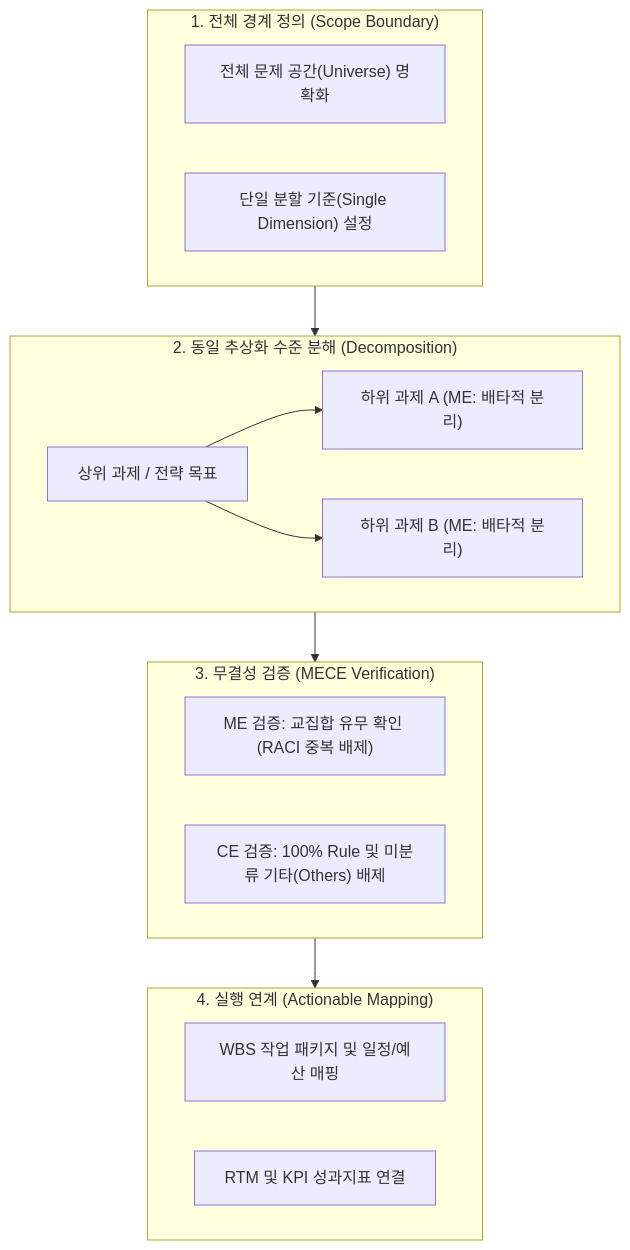
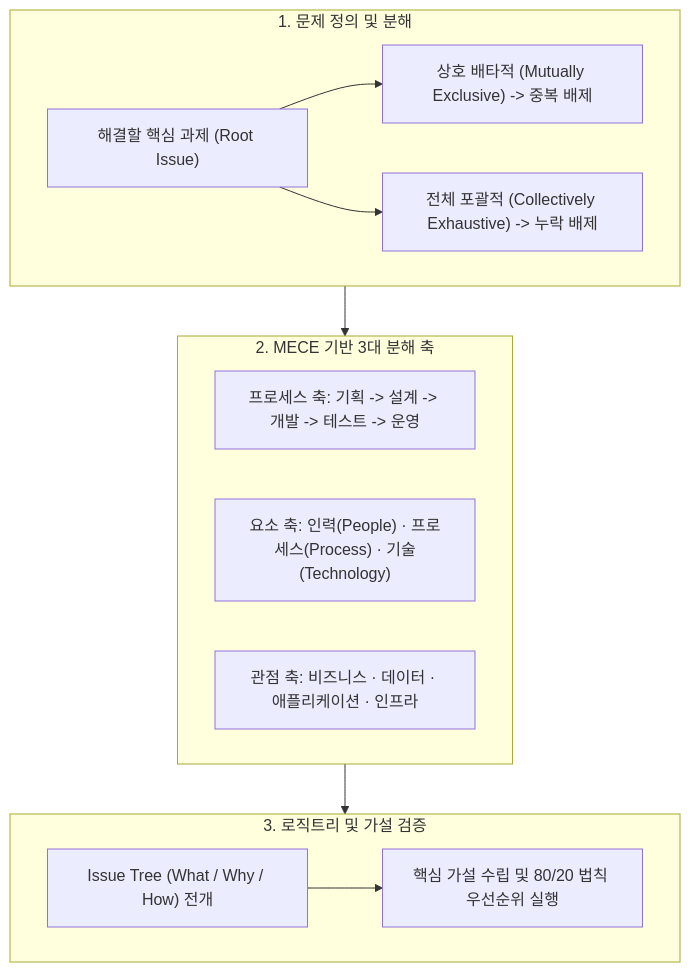
Before and after one commit to agnusdei1207/study: the fourth of 5 diagrams in src/content/docs/notes/itpe/01-it-strategy/045_mece.md, drawn with Mermaid. The commit also changed other lines of this file and 80 other files, not shown here.

````diff
--- a/src/content/docs/notes/itpe/01-it-strategy/045_mece.md
+++ b/src/content/docs/notes/itpe/01-it-strategy/045_mece.md
@@ -119,26 +122,21 @@
 ```mermaid
 flowchart TD
-    subgraph Boundary["1. 전체 경계 정의 (Scope Boundary)"]
-        B1["전체 문제 공간(Universe) 명확화"]
-        B2["단일 분할 기준(Single Dimension) 설정"]
+    subgraph Problem["1. 문제 정의 및 분해"]
+        P0["해결할 핵심 과제 (Root Issue)"]
+        P0 --> B1["상호 배타적 (Mutually Exclusive) -> 중복 배제"]
+        P0 --> B2["전체 포괄적 (Collectively Exhaustive) -> 누락 배제"]
     end
-    subgraph Decomp["2. 동일 추상화 수준 분해 (Decomposition)"]
-        D1["상위 과제 / 전략 목표"]
-        D2["하위 과제 A (ME: 배타적 분리)"]
-        D3["하위 과제 B (ME: 배타적 분리)"]
-        D1 --> D2
-        D1 --> D3
+    subgraph Frameworks["2. MECE 기반 3대 분해 축"]
+        F1["프로세스 축: 기획 -> 설계 -> 개발 -> 테스트 -> 운영"]
+        F2["요소 축: 인력(People) · 프로세스(Process) · 기술(Technology)"]
+        F3["관점 축: 비즈니스 · 데이터 · 애플리케이션 · 인프라"]
     end
-    subgraph Validation["3. 무결성 검증 (MECE Verification)"]
-        V1["ME 검증: 교집합 유무 확인 (RACI 중복 배제)"]
-        V2["CE 검증: 100% Rule 및 미분류 기타(Others) 배제"]
-    end
-    subgraph Execution["4. 실행 연계 (Actionable Mapping)"]
-        E1["WBS 작업 패키지 및 일정/예산 매핑"]
-        E2["RTM 및 KPI 성과지표 연결"]
+    subgraph LogicTree["3. 로직트리 및 가설 검증"]
+        T1["Issue Tree (What / Why / How) 전개"]
+        T2["핵심 가설 수립 및 80/20 법칙 우선순위 실행"]
+        T1 --> T2
     end
 
-    Boundary --> Decomp
-    Decomp --> Validation
-    Validation --> Execution
+    Problem --> Frameworks
+    Frameworks --> LogicTree
 ```
````
